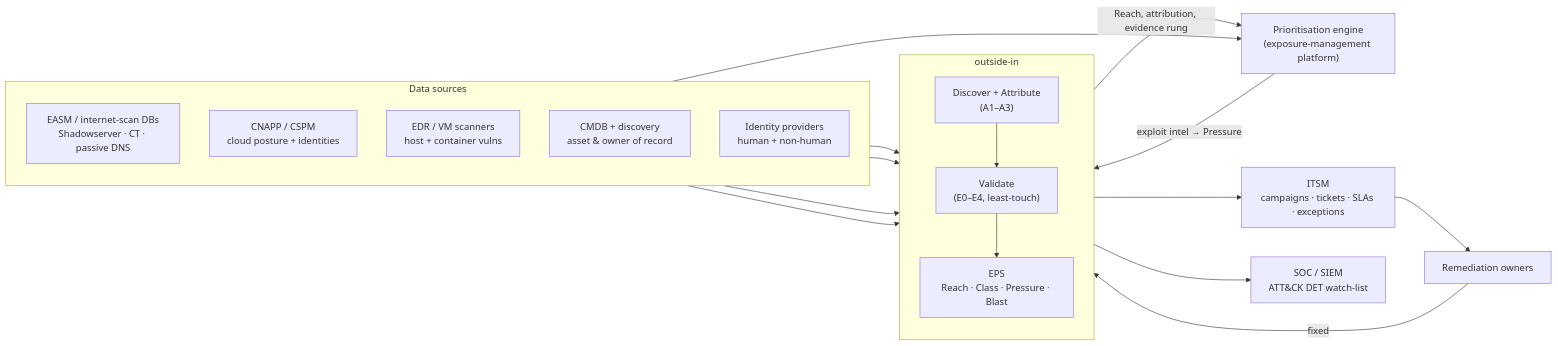
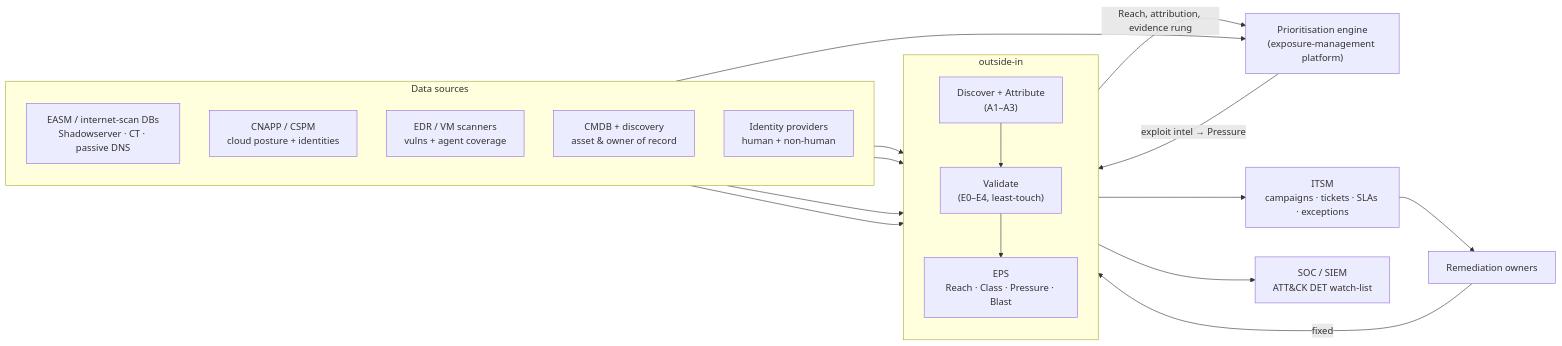
The diagram in docs/operating-model.md (d6falcon/outside-in), drawn with Mermaid before and after one commit. The commit also changed other lines of this file and 11 other files, not shown here.

First line of the commit message:
Flag missing or stale EDR on exposed hosts as a coverage gap (v0.4.0)

````diff
--- a/docs/operating-model.md
+++ b/docs/operating-model.md
@@ -10,35 +10,35 @@
 ```mermaid
 flowchart LR
   subgraph SRC["Data sources"]
     direction TB
     EASM["EASM / internet-scan DBs<br/>Shadowserver · CT · passive DNS"]
     CNAPP["CNAPP / CSPM<br/>cloud posture + identities"]
-    EDRVM["EDR / VM scanners<br/>host + container vulns"]
+    EDRVM["EDR / VM scanners<br/>vulns + agent coverage"]
     CMDB["CMDB + discovery<br/>asset & owner of record"]
     IDP["Identity providers<br/>human + non-human"]
   end
 
   subgraph OI["outside-in"]
     direction TB
     D["Discover + Attribute<br/>(A1–A3)"]
     V["Validate<br/>(E0–E4, least-touch)"]
     P["EPS<br/>Reach · Class · Pressure · Blast"]
   end
 
   PE["Prioritisation engine<br/>(exposure-management platform)"]
   ITSM["ITSM<br/>campaigns · tickets · SLAs · exceptions"]
   SOC["SOC / SIEM<br/>ATT&CK DET watch-list"]
   RO["Remediation owners"]
 
   EASM --> D
   CNAPP --> V
   CMDB --> D
   IDP --> V
   D --> V --> P
   P -- "Reach, attribution, evidence rung" --> PE
   EDRVM --> PE
   PE -- "exploit intel → Pressure" --> P
   P --> ITSM --> RO
   P --> SOC
   RO -- "fixed" --> V
 ```
````
